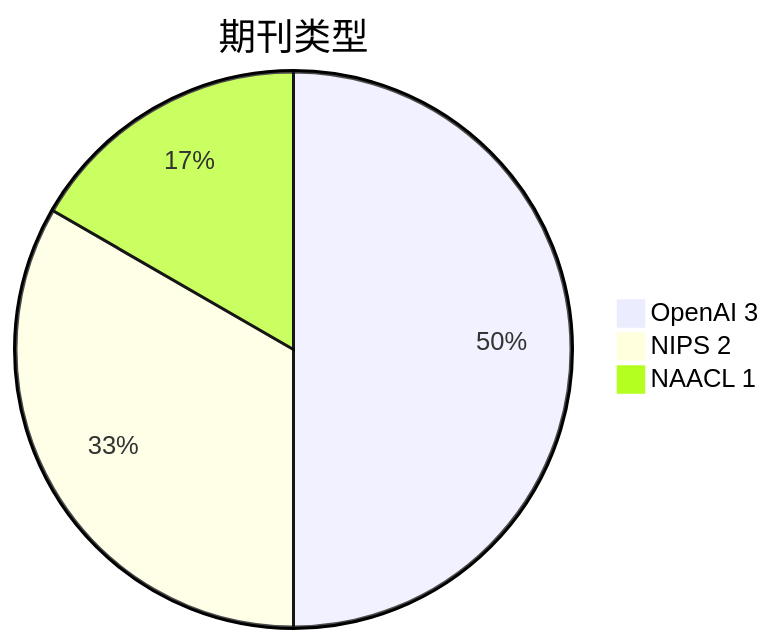
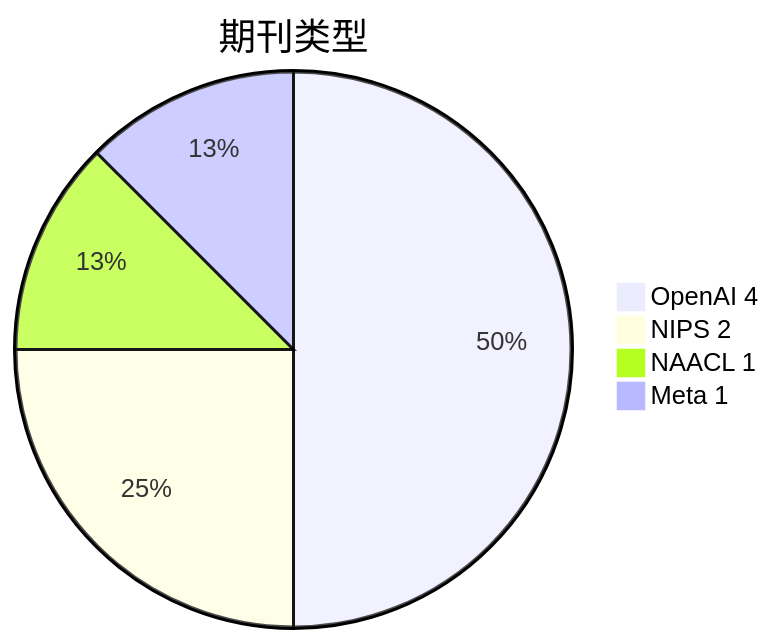
The second of 4 diagrams in Base_Model/LLM/analyse.md (Elephant-King9/Paper), drawn with Mermaid before and after one commit. The commit also changed other lines of this file and 2 other files, not shown here.

````diff
--- a/Base_Model/LLM/analyse.md
+++ b/Base_Model/LLM/analyse.md
@@ -28,6 +32,7 @@
 ```mermaid
 pie title 期刊类型
-		"OpenAI 3" : 3
+		"OpenAI 4" : 4
 		"NIPS 2" : 2
 		"NAACL 1" : 1
+		"Meta 1" : 1 
 ```
````
